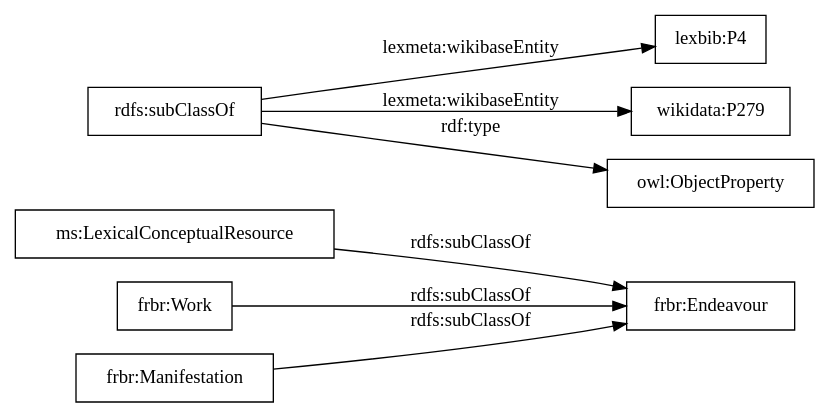
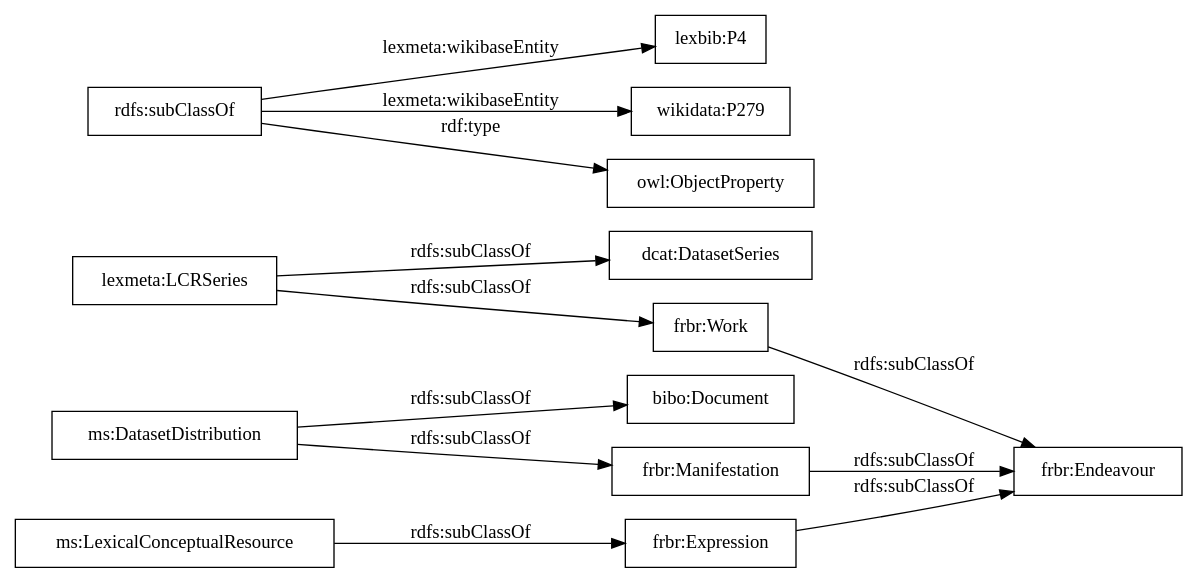
Before and after one commit to gkirtzou/LexMeta: the diagram in OnToology/lexmeta.ttl/diagrams/ar2dtool-taxonomy/lexmeta.ttl.png.dot, drawn with Graphviz. The commit also changed 34 other files, not shown here.

```diff
--- a/OnToology/lexmeta.ttl/diagrams/ar2dtool-taxonomy/lexmeta.ttl.png.dot
+++ b/OnToology/lexmeta.ttl/diagrams/ar2dtool-taxonomy/lexmeta.ttl.png.dot
@@ -1,12 +1,17 @@
 digraph ar2dtool_diagram { 
 rankdir=LR;
 size="1000"
-node [shape = rectangle, color="black"]; "ms:LexicalConceptualResource" "frbr:Work" "frbr:Manifestation" "frbr:Endeavour" ; /*classes style*/
+node [shape = rectangle, color="black"]; "frbr:Expression" "ms:LexicalConceptualResource" "bibo:Document" "dcat:DatasetSeries" "ms:DatasetDistribution" "frbr:Work" "frbr:Endeavour" "frbr:Manifestation" "lexmeta:LCRSeries" ; /*classes style*/
+	"frbr:Expression" -> "frbr:Endeavour" [ label = "rdfs:subClassOf" ];
 	"frbr:Manifestation" -> "frbr:Endeavour" [ label = "rdfs:subClassOf" ];
-	"ms:LexicalConceptualResource" -> "frbr:Endeavour" [ label = "rdfs:subClassOf" ];
+	"lexmeta:LCRSeries" -> "dcat:DatasetSeries" [ label = "rdfs:subClassOf" ];
+	"lexmeta:LCRSeries" -> "frbr:Work" [ label = "rdfs:subClassOf" ];
 	"rdfs:subClassOf" -> "lexbib:P4" [ label = "lexmeta:wikibaseEntity" ];
 	"rdfs:subClassOf" -> "wikidata:P279" [ label = "lexmeta:wikibaseEntity" ];
 	"rdfs:subClassOf" -> "owl:ObjectProperty" [ label = "rdf:type" ];
 	"frbr:Work" -> "frbr:Endeavour" [ label = "rdfs:subClassOf" ];
+	"ms:DatasetDistribution" -> "frbr:Manifestation" [ label = "rdfs:subClassOf" ];
+	"ms:DatasetDistribution" -> "bibo:Document" [ label = "rdfs:subClassOf" ];
+	"ms:LexicalConceptualResource" -> "frbr:Expression" [ label = "rdfs:subClassOf" ];
 
 }
```
